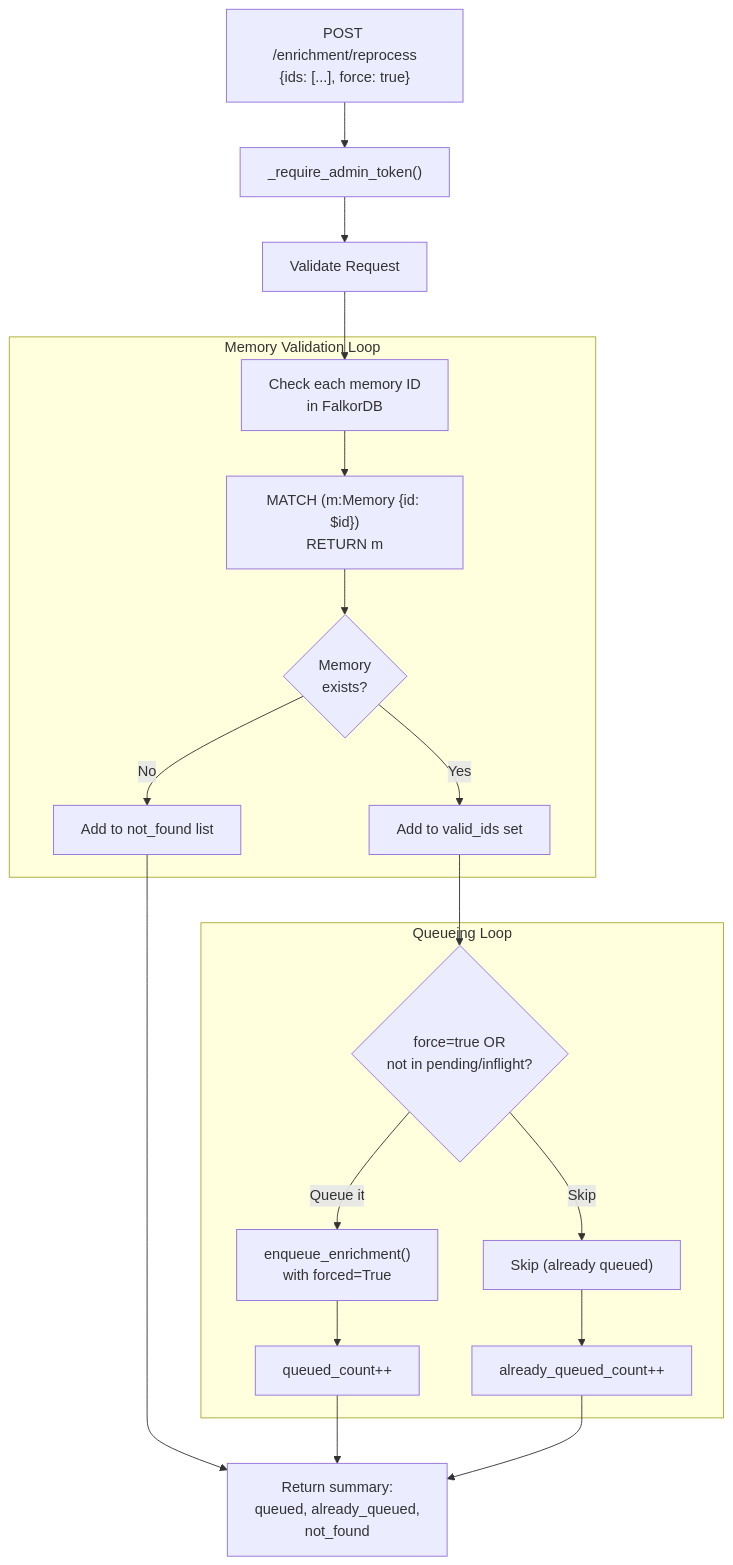
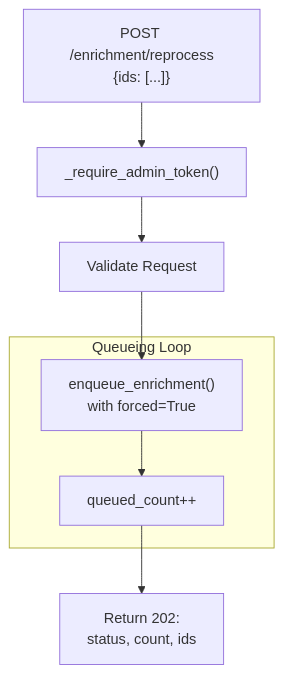
The second of 3 diagrams in src/content/docs/docs/reference/api/admin.md (verygoodplugins/automem-website), drawn with Mermaid before and after one commit. The commit also changed other lines of this file and 48 other files, not shown here.

````diff
--- a/src/content/docs/docs/reference/api/admin.md
+++ b/src/content/docs/docs/reference/api/admin.md
@@ -183,41 +171,19 @@
 ```mermaid
 graph TB
-    Request["POST /enrichment/reprocess<br/>{ids: [...], force: true}"]
+    Request["POST /enrichment/reprocess<br/>{ids: [...]}"]
     Auth["_require_admin_token()"]
     Validate["Validate Request"]
 
-    subgraph "Memory Validation Loop"
-        CheckExists["Check each memory ID<br/>in FalkorDB"]
-        Query["MATCH (m:Memory {id: $id})<br/>RETURN m"]
-        Exists{Memory<br/>exists?}
-        AddValid["Add to valid_ids set"]
-        AddNotFound["Add to not_found list"]
+    subgraph "Queueing Loop"
+        Enqueue["enqueue_enrichment()<br/>with forced=True"]
+        IncrQueued["queued_count++"]
     end
 
-    subgraph "Queueing Loop"
-        CheckDupe{force=true OR<br/>not in pending/inflight?}
-        Enqueue["enqueue_enrichment()<br/>with forced=True"]
-        Skip["Skip (already queued)"]
-        IncrQueued["queued_count++"]
-        IncrSkipped["already_queued_count++"]
-    end
-
-    Response["Return summary:<br/>queued, already_queued,<br/>not_found"]
+    Response["Return 202:<br/>status, count, ids"]
 
     Request-->Auth
     Auth-->Validate
-    Validate-->CheckExists
-    CheckExists-->Query
-    Query-->Exists
-    Exists-->|Yes|AddValid
-    Exists-->|No|AddNotFound
-    AddValid-->CheckDupe
-    AddNotFound-->Response
-
-    CheckDupe-->|Queue it|Enqueue
-    CheckDupe-->|Skip|Skip
+    Validate-->Enqueue
     Enqueue-->IncrQueued
-    Skip-->IncrSkipped
     IncrQueued-->Response
-    IncrSkipped-->Response
 ```
````
